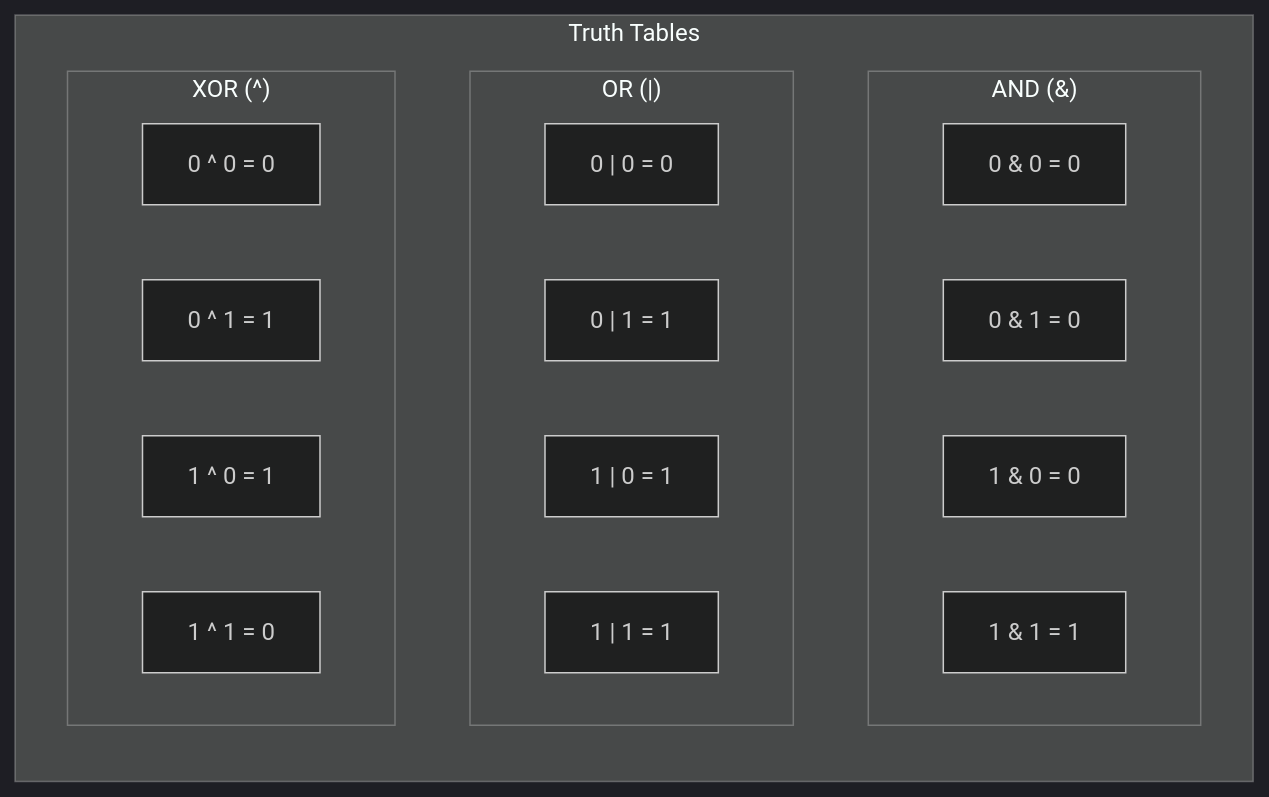
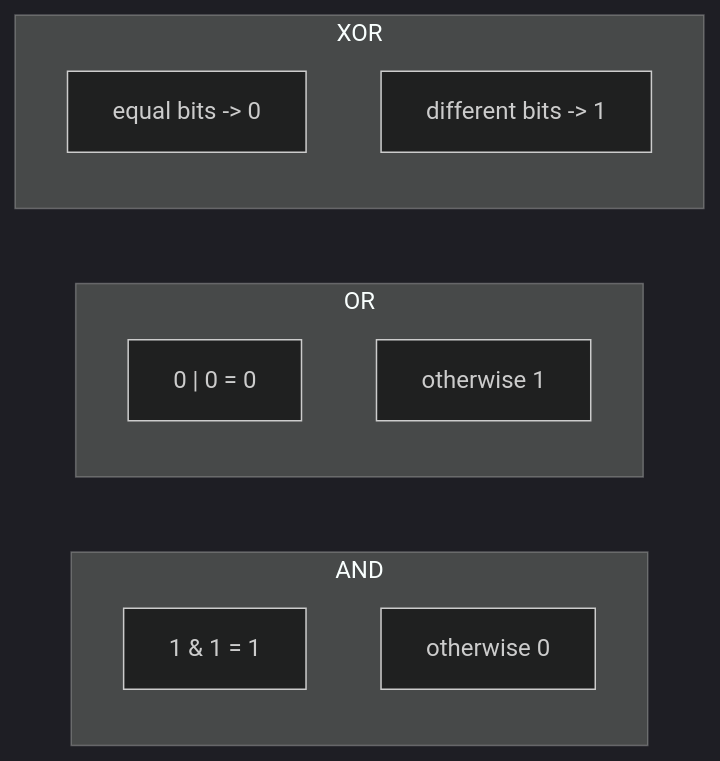
The second of 3 diagrams in content/07_Data_Structures_and_Algorithms/10_Bit_Manipulation/concepts.md (amendez13/swe-study-guide), drawn with Mermaid (dark theme) before and after one commit. The commit also changed other lines of this file and 2 other files, not shown here.

````diff
--- a/content/07_Data_Structures_and_Algorithms/10_Bit_Manipulation/concepts.md
+++ b/content/07_Data_Structures_and_Algorithms/10_Bit_Manipulation/concepts.md
@@ -93,24 +93,15 @@
 ```mermaid
 flowchart LR
-    subgraph "Truth Tables"
-        direction TB
-        subgraph "AND (&)"
-            A1["0 & 0 = 0"]
-            A2["0 & 1 = 0"]
-            A3["1 & 0 = 0"]
-            A4["1 & 1 = 1"]
-        end
-        subgraph "OR (|)"
-            O1["0 | 0 = 0"]
-            O2["0 | 1 = 1"]
-            O3["1 | 0 = 1"]
-            O4["1 | 1 = 1"]
-        end
-        subgraph "XOR (^)"
-            X1["0 ^ 0 = 0"]
-            X2["0 ^ 1 = 1"]
-            X3["1 ^ 0 = 1"]
-            X4["1 ^ 1 = 0"]
-        end
+    subgraph "AND"
+        A1["1 & 1 = 1"]
+        A2["otherwise 0"]
+    end
+    subgraph "OR"
+        O1["0 | 0 = 0"]
+        O2["otherwise 1"]
+    end
+    subgraph "XOR"
+        X1["equal bits -> 0"]
+        X2["different bits -> 1"]
     end
 ```
````
